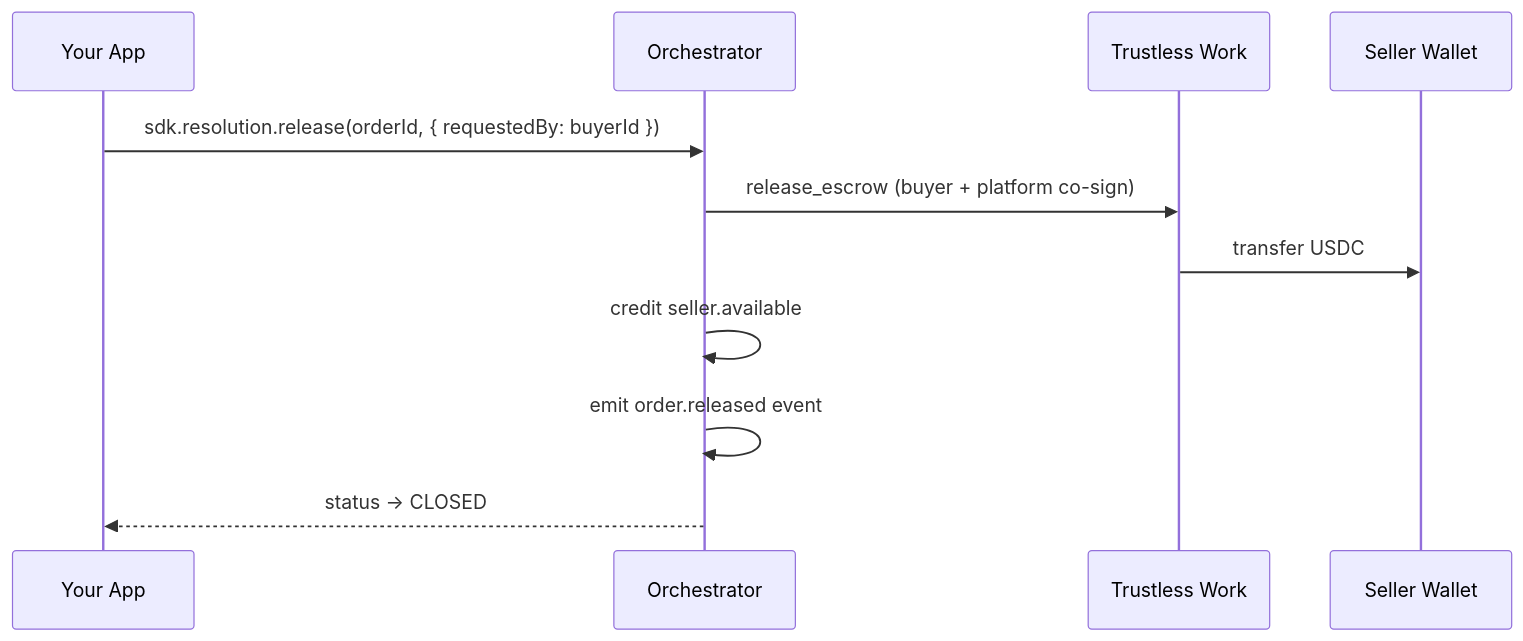
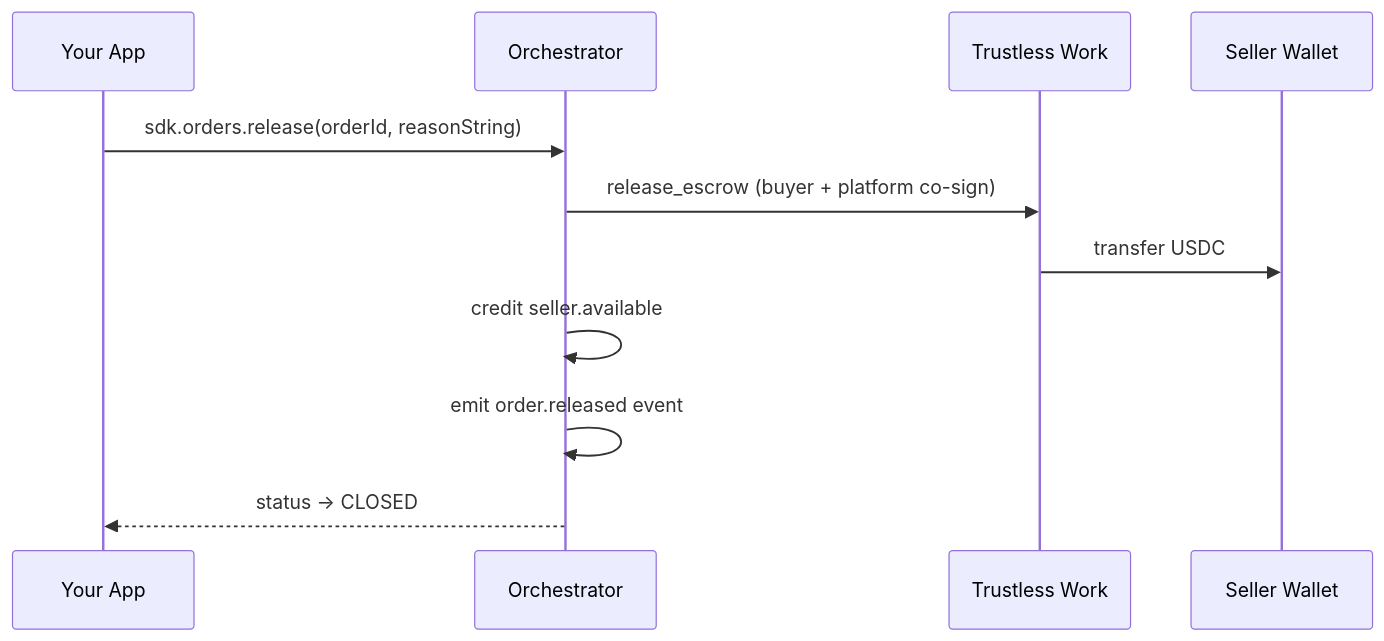
The sixth of 7 diagrams in content/docs/guide/build-your-first-marketplace.mdx (OFFER-HUB/offer-hub-monorepo), drawn with Mermaid before and after one commit. The commit also changed other lines of this file, not shown here.

````diff
--- a/content/docs/guide/build-your-first-marketplace.mdx
+++ b/content/docs/guide/build-your-first-marketplace.mdx
@@ -504,14 +504,14 @@
 ```mermaid
 sequenceDiagram
     participant App as Your App
     participant Orch as Orchestrator
     participant TW as Trustless Work
     participant Seller as Seller Wallet
 
-    App->>Orch: sdk.resolution.release(orderId, { requestedBy: buyerId })
+    App->>Orch: sdk.orders.release(orderId, reasonString)
     Orch->>TW: release_escrow (buyer + platform co-sign)
     TW->>Seller: transfer USDC
     Orch->>Orch: credit seller.available
     Orch->>Orch: emit order.released event
     Orch-->>App: status → CLOSED
 ```
````
